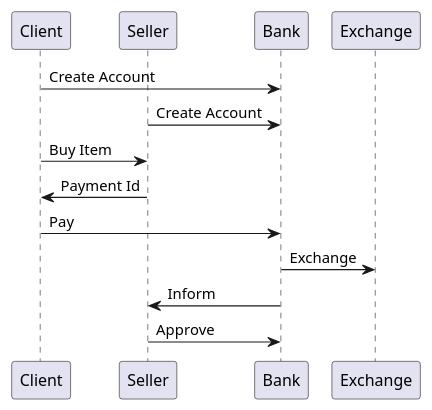
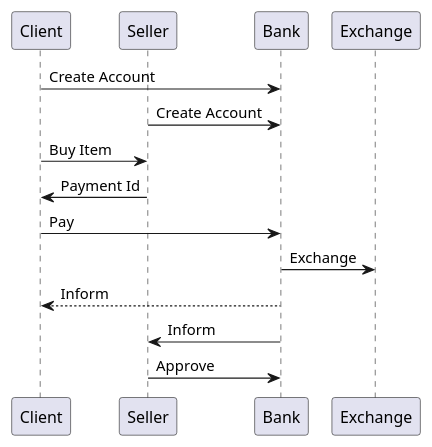
The diagram in diagrams/seq.puml (momt99/dns_project), drawn with PlantUML before and after one commit. The commit also changed 1 other file, not shown here.

Commit message:
Add and edit sequence diagrams

```diff
--- a/diagrams/seq.puml
+++ b/diagrams/seq.puml
@@ -1,20 +1,20 @@
 @startuml
 
 participant Client
 participant Seller
 participant Bank
 participant Exchange
 
 Client -> Bank : Create Account
 Seller -> Bank : Create Account
 
 Client -> Seller : Buy Item
 Seller -> Client : Payment Id
 
 Client -> Bank : Pay
 Bank -> Exchange : Exchange
-
+Bank --> Client : Inform
 Bank -> Seller : Inform
 Seller -> Bank : Approve
 
 @enduml
```
